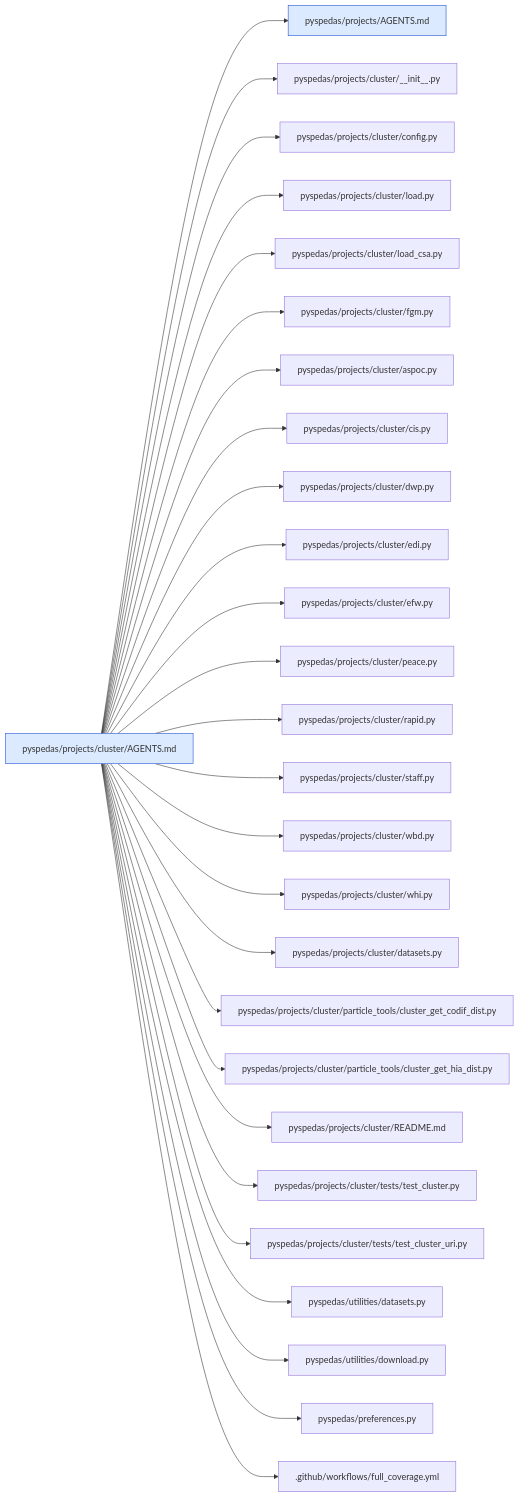
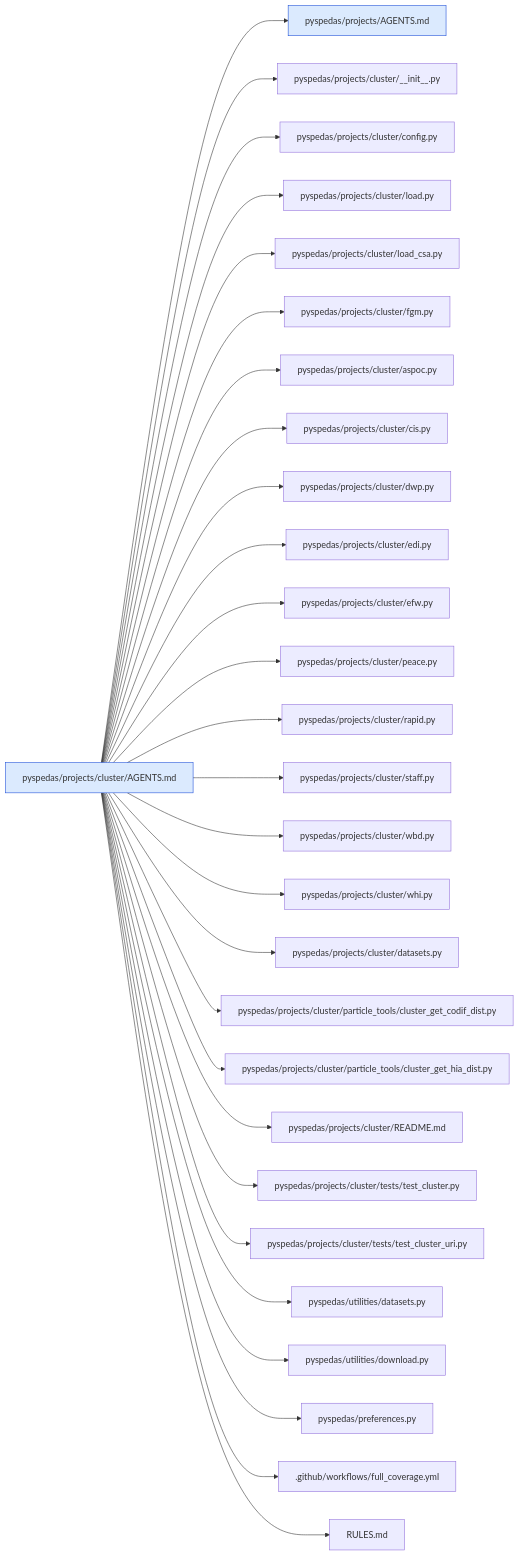
One commit to spedas/pyspedas changed diagram 13 of 44 in .agents/map/MAP.md. Above: the diagram before and after it, drawn with Mermaid. The commit also changed other lines of this file and 75 other files, not shown here.

````diff
--- a/.agents/map/MAP.md
+++ b/.agents/map/MAP.md
@@ -584,32 +628,33 @@
 ```mermaid
 graph LR
   classDef agents fill:#dbeafe,stroke:#1d4ed8
   classDef missing fill:#fee2e2,stroke:#b91c1c,stroke-dasharray:4
   self["pyspedas/projects/cluster/AGENTS.md"]:::agents
   self --> r0["pyspedas/projects/AGENTS.md"]:::agents
   self --> r1["pyspedas/projects/cluster/__init__.py"]
   self --> r2["pyspedas/projects/cluster/config.py"]
   self --> r3["pyspedas/projects/cluster/load.py"]
   self --> r4["pyspedas/projects/cluster/load_csa.py"]
   self --> r5["pyspedas/projects/cluster/fgm.py"]
   self --> r6["pyspedas/projects/cluster/aspoc.py"]
   self --> r7["pyspedas/projects/cluster/cis.py"]
   self --> r8["pyspedas/projects/cluster/dwp.py"]
   self --> r9["pyspedas/projects/cluster/edi.py"]
   self --> r10["pyspedas/projects/cluster/efw.py"]
   self --> r11["pyspedas/projects/cluster/peace.py"]
   self --> r12["pyspedas/projects/cluster/rapid.py"]
   self --> r13["pyspedas/projects/cluster/staff.py"]
   self --> r14["pyspedas/projects/cluster/wbd.py"]
   self --> r15["pyspedas/projects/cluster/whi.py"]
   self --> r16["pyspedas/projects/cluster/datasets.py"]
   self --> r17["pyspedas/projects/cluster/particle_tools/cluster_get_codif_dist.py"]
   self --> r18["pyspedas/projects/cluster/particle_tools/cluster_get_hia_dist.py"]
   self --> r19["pyspedas/projects/cluster/README.md"]
   self --> r20["pyspedas/projects/cluster/tests/test_cluster.py"]
   self --> r21["pyspedas/projects/cluster/tests/test_cluster_uri.py"]
   self --> r22["pyspedas/utilities/datasets.py"]
   self --> r23["pyspedas/utilities/download.py"]
   self --> r24["pyspedas/preferences.py"]
   self --> r25[".github/workflows/full_coverage.yml"]
+  self --> r26["RULES.md"]
 ```
````
